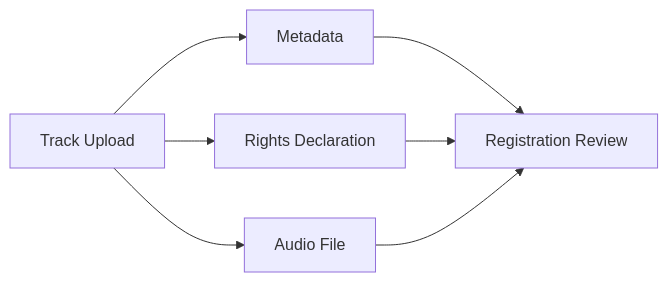
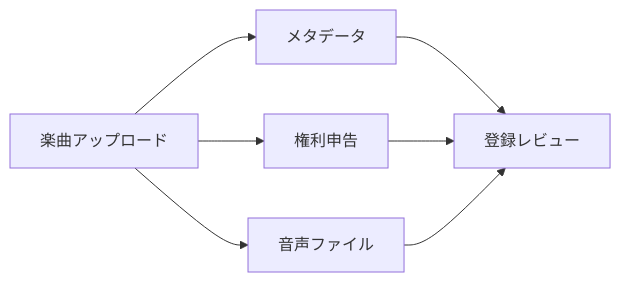
Before and after one commit to ShigeichiroYamasaki/creator-first-platform: the sixth of 29 diagrams in docs/whitepaper/05-creator-onboarding.md, drawn with Mermaid. The commit also changed other lines of this file and 72 other files, not shown here.

````diff
--- a/docs/whitepaper/05-creator-onboarding.md
+++ b/docs/whitepaper/05-creator-onboarding.md
@@ -235,15 +235,15 @@
 ```mermaid
 flowchart LR
-    UPLOAD[Track Upload]
-    META[Metadata]
-    RIGHTS[Rights Declaration]
-    AUDIO[Audio File]
+    UPLOAD[楽曲アップロード]
+    META[メタデータ]
+    RIGHTS[権利申告]
+    AUDIO[音声ファイル]
 
     UPLOAD --> META
     UPLOAD --> RIGHTS
     UPLOAD --> AUDIO
 
-    META --> REVIEW[Registration Review]
+    META --> REVIEW[登録レビュー]
     RIGHTS --> REVIEW
     AUDIO --> REVIEW
 ```
````
